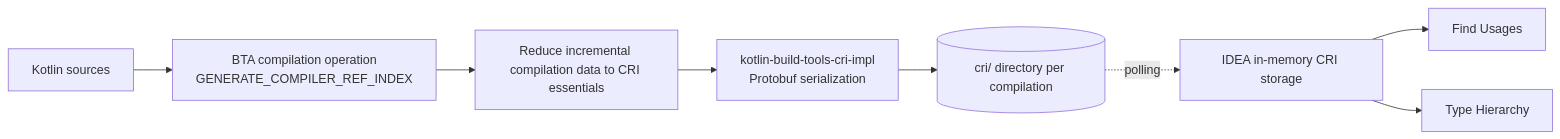
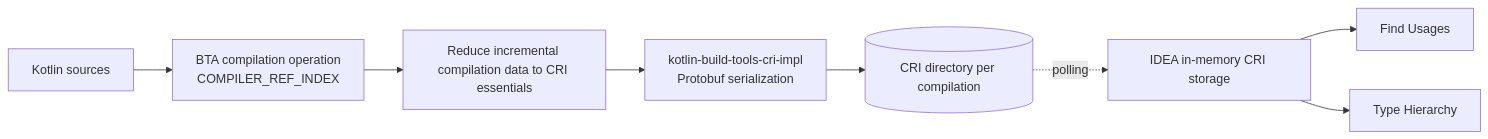
One commit to JetBrains/kotlin changed the diagram in docs/build-tools/compiler-reference-index.md. Above: the diagram before and after it, drawn with Mermaid. The commit also changed other lines of this file and 24 other files, not shown here.

First line of the commit message:
[BTA] Replace GENERATE_COMPILER_REF_INDEX with a CRI configuration

````diff
--- a/docs/build-tools/compiler-reference-index.md
+++ b/docs/build-tools/compiler-reference-index.md
@@ -38,10 +39,10 @@
 ```mermaid
 flowchart LR
-    SRC[Kotlin sources] --> BTA[BTA compilation operation<br/>GENERATE_COMPILER_REF_INDEX]
+    SRC[Kotlin sources] --> BTA[BTA compilation operation<br/>COMPILER_REF_INDEX]
     BTA --> STRIP[Reduce incremental compilation data to CRI essentials]
     STRIP --> SER[kotlin-build-tools-cri-impl<br/>Protobuf serialization]
-    SER --> FILES[(cri/ directory per compilation)]
+    SER --> FILES[(CRI directory per compilation)]
     FILES -. polling .-> STORE[IDEA in-memory CRI storage]
     STORE --> FU[Find Usages]
     STORE --> TH[Type Hierarchy]
 ```
````
